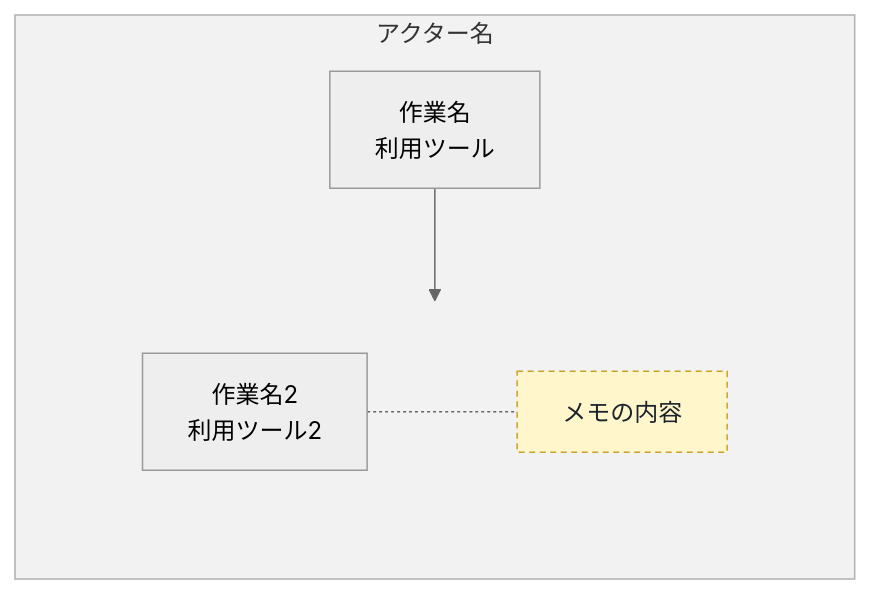
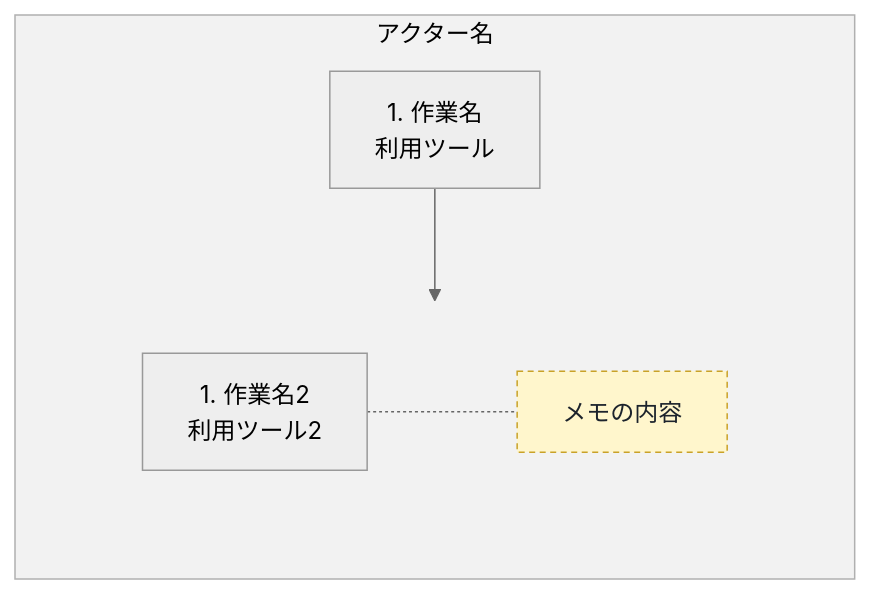
The diagram in 業務フロー図/template.md (nishida2073/project_management), drawn with Mermaid (neutral theme) before and after one commit. The commit also changed 6 other files, not shown here.

````diff
--- a/業務フロー図/template.md
+++ b/業務フロー図/template.md
@@ -25,20 +25,20 @@
 ```mermaid
 flowchart LR
     subgraph L0a["アクター名"]
         direction TB
-        X["作業名<br/>利用ツール"]:::アクター名
+        X["1. 作業名<br/>利用ツール"]:::アクター名
         subgraph L0a_g1[" "]
             direction LR
-            Y["作業名2<br/>利用ツール2"]:::アクター名
+            Y["1. 作業名2<br/>利用ツール2"]:::アクター名
             Y -.- N1["メモの内容"]:::note
         end
         X --> L0a_g1
     end
 
     classDef note fill:#fff6cc,stroke:#c9a227,stroke-dasharray:4 3,color:#1c232c;
-    classDef lane fill:#f2f2f2,stroke:#b0b0b0;
+    classDef lane fill:#f2f2f2,stroke:#b0b0b0,color:#000;
     classDef invisible fill:none,stroke:none;
 
     class L0a lane;
     class L0a_g1 invisible;
 ```
````
